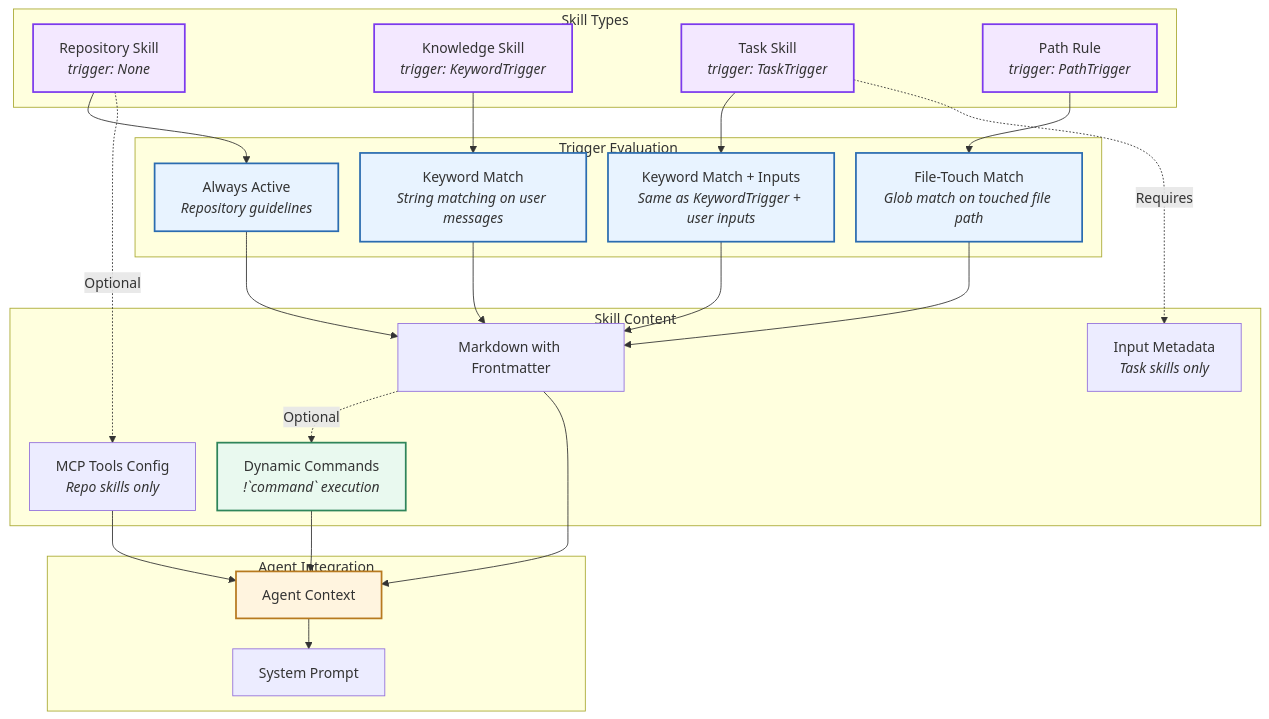
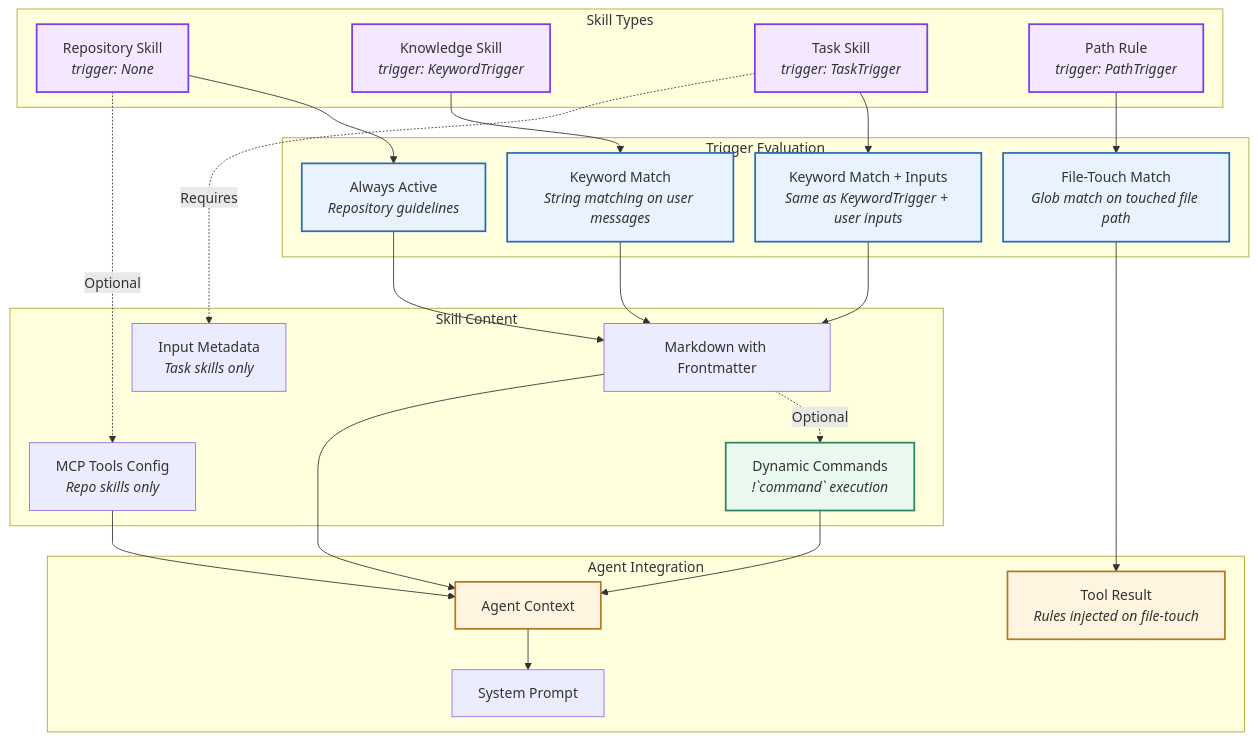
The first of 8 diagrams in sdk/arch/skill.mdx (OpenHands/docs), drawn with Mermaid before and after one commit. The commit also changed 2 other files, not shown here.

Commit message:
docs: fix path-rule injection fidelity in examples and diagram
- Render the injected <EXTRA_INFO> exactly as the SDK emits it: the
  "matches ..." and "Follow it ..." sentences are on one line, not two
  (agent_context.get_tool_use_suffix builds them as a single line).
- Architecture diagram: route path rules to a distinct "Tool Result"
  node instead of through Markdown -> Agent Context -> System Prompt.
  Path rules inject into the tool observation and never enter the
  system prompt, so the old edge was misleading.

````diff
--- a/sdk/arch/skill.mdx
+++ b/sdk/arch/skill.mdx
@@ -22,58 +22,59 @@
 ```mermaid
 %%{init: {"theme": "default", "flowchart": {"nodeSpacing": 25, "rankSpacing": 35}} }%%
 flowchart TB
     subgraph Types["Skill Types"]
         Repo["Repository Skill<br><i>trigger: None</i>"]
         Knowledge["Knowledge Skill<br><i>trigger: KeywordTrigger</i>"]
         Task["Task Skill<br><i>trigger: TaskTrigger</i>"]
         Rule["Path Rule<br><i>trigger: PathTrigger</i>"]
     end
     
     subgraph Triggers["Trigger Evaluation"]
         Always["Always Active<br><i>Repository guidelines</i>"]
         Keyword["Keyword Match<br><i>String matching on user messages</i>"]
         TaskMatch["Keyword Match + Inputs<br><i>Same as KeywordTrigger + user inputs</i>"]
         PathMatch["File-Touch Match<br><i>Glob match on touched file path</i>"]
     end
     
     subgraph Content["Skill Content"]
         Markdown["Markdown with Frontmatter"]
         Dynamic["Dynamic Commands<br><i>!`command` execution</i>"]
         MCPTools["MCP Tools Config<br><i>Repo skills only</i>"]
         Inputs["Input Metadata<br><i>Task skills only</i>"]
     end
     
     subgraph Integration["Agent Integration"]
         Context["Agent Context"]
         Prompt["System Prompt"]
+        ToolResult["Tool Result<br><i>Rules injected on file-touch</i>"]
     end
     
     Repo --> Always
     Knowledge --> Keyword
     Task --> TaskMatch
     Rule --> PathMatch
     
     Always --> Markdown
     Keyword --> Markdown
     TaskMatch --> Markdown
-    PathMatch --> Markdown
+    PathMatch --> ToolResult
     
     Markdown -.->|Optional| Dynamic
     Repo -.->|Optional| MCPTools
     Task -.->|Requires| Inputs
     
     Markdown --> Context
     Dynamic --> Context
     MCPTools --> Context
     Context --> Prompt
     
     classDef primary fill:#f3e8ff,stroke:#7c3aed,stroke-width:2px
     classDef secondary fill:#e8f3ff,stroke:#2b6cb0,stroke-width:2px
     classDef tertiary fill:#fff4df,stroke:#b7791f,stroke-width:2px
     classDef dynamic fill:#e9f9ef,stroke:#2f855a,stroke-width:2px
     
     class Repo,Knowledge,Task,Rule primary
     class Always,Keyword,TaskMatch,PathMatch secondary
-    class Context tertiary
+    class Context,ToolResult tertiary
     class Dynamic dynamic
 ```
````
